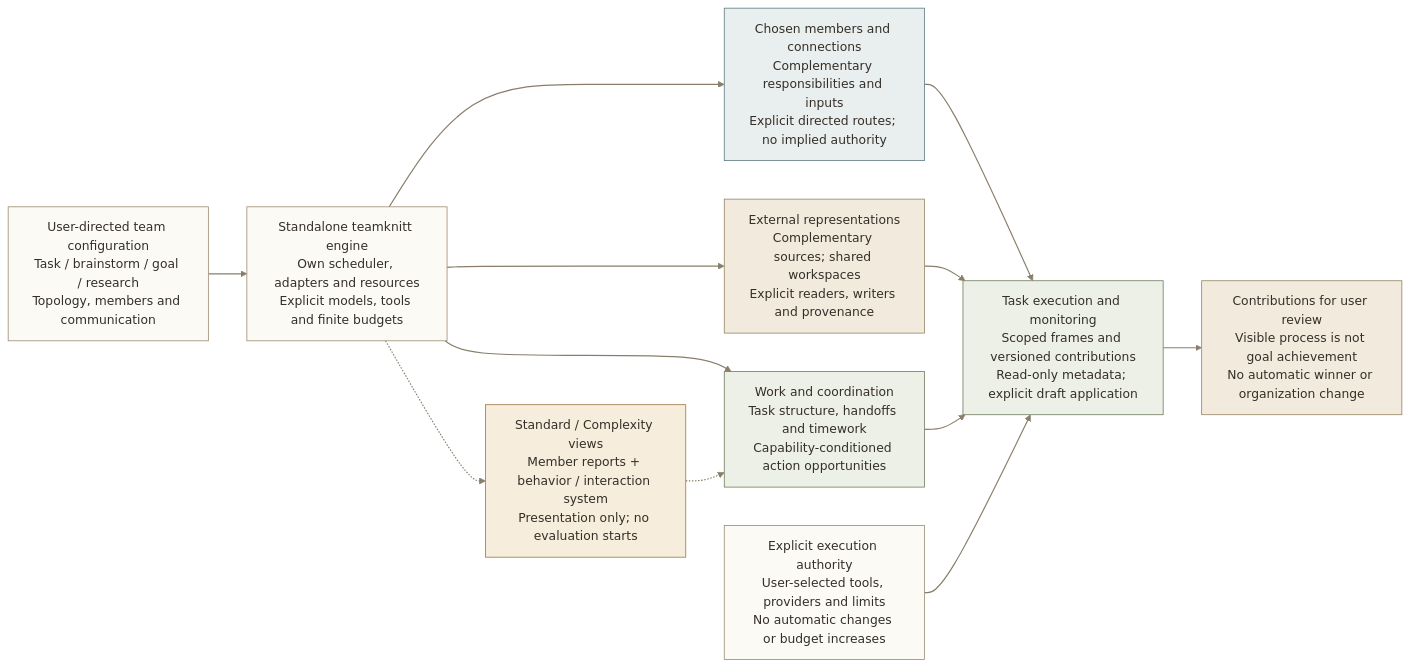
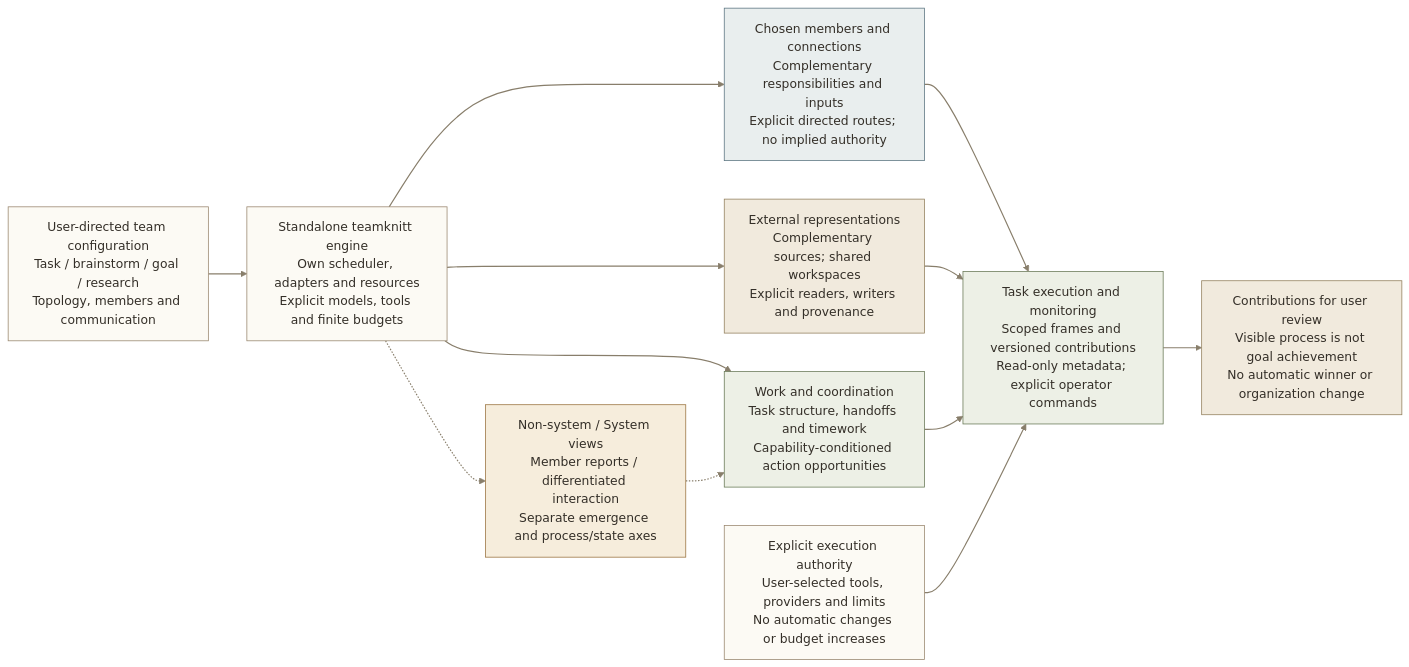
Before and after one commit to JeranRolevs/teamknitt: the diagram in diagrams/13-teamknitt-system.mmd, drawn with Mermaid (base theme). The commit also changed 54 other files, not shown here.

```diff
--- a/diagrams/13-teamknitt-system.mmd
+++ b/diagrams/13-teamknitt-system.mmd
@@ -1,34 +1,34 @@
-%% Generated from specs.py; 2026-11-08. Current runtime; gray nodes are planned.
+%% Generated from specs.py; 2026-11-09. Current runtime; gray nodes are planned.
 flowchart LR
     baseline["User-directed team configuration<br/>Task / brainstorm / goal / research<br/>Topology, members and communication"]
     backbone["Standalone teamknitt engine<br/>Own scheduler, adapters and resources<br/>Explicit models, tools and finite budgets"]
-    temporal["Standard / Complexity views<br/>Member reports + behavior / interaction system<br/>Presentation only; no evaluation starts"]
+    temporal["Non-system / System views<br/>Member reports / differentiated interaction<br/>Separate emergence and process/state axes"]
     roles["Chosen members and connections<br/>Complementary responsibilities and inputs<br/>Explicit directed routes; no implied authority"]
     reps["External representations<br/>Complementary sources; shared workspaces<br/>Explicit readers, writers and provenance"]
     work["Work and coordination<br/>Task structure, handoffs and timework<br/>Capability-conditioned action opportunities"]
     authority["Explicit execution authority<br/>User-selected tools, providers and limits<br/>No automatic changes or budget increases"]
-    runtime["Task execution and monitoring<br/>Scoped frames and versioned contributions<br/>Read-only metadata; explicit draft application"]
+    runtime["Task execution and monitoring<br/>Scoped frames and versioned contributions<br/>Read-only metadata; explicit operator commands"]
     record["Contributions for user review<br/>Visible process is not goal achievement<br/>No automatic winner or organization change"]
     baseline --> backbone
     backbone -.-> temporal
     backbone --> roles
     backbone --> reps
     backbone --> work
     temporal -.-> work
     roles --> runtime
     reps --> runtime
     work --> runtime
     authority --> runtime
     runtime --> record
     classDef artifact fill:#FCFAF4,stroke:#99876F,color:#342F28;
     class baseline,backbone,authority artifact;
     classDef llm fill:#E9EEEE,stroke:#5B7580,color:#342F28;
     class roles llm;
     classDef code fill:#EDF0E6,stroke:#697957,color:#342F28;
     class work,runtime code;
     classDef evidence fill:#F1EADD,stroke:#93805D,color:#342F28;
     class reps,record evidence;
     classDef optional fill:#F6EDDC,stroke:#9A7440,color:#342F28;
     class temporal optional;
     classDef future fill:#EEEDE8,stroke:#999389,color:#342F28;
     linkStyle default stroke:#887E6B,stroke-width:1.5px;
```
